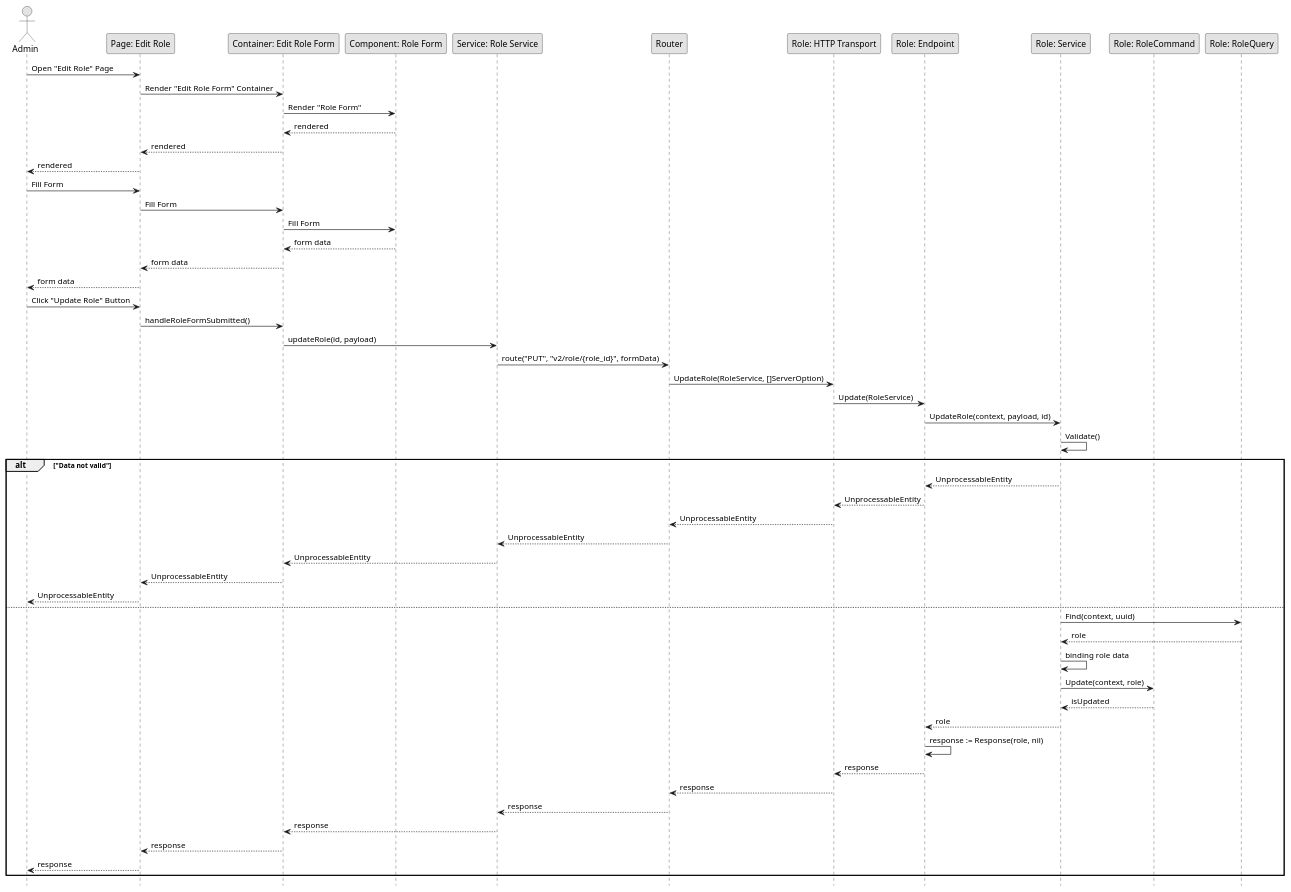
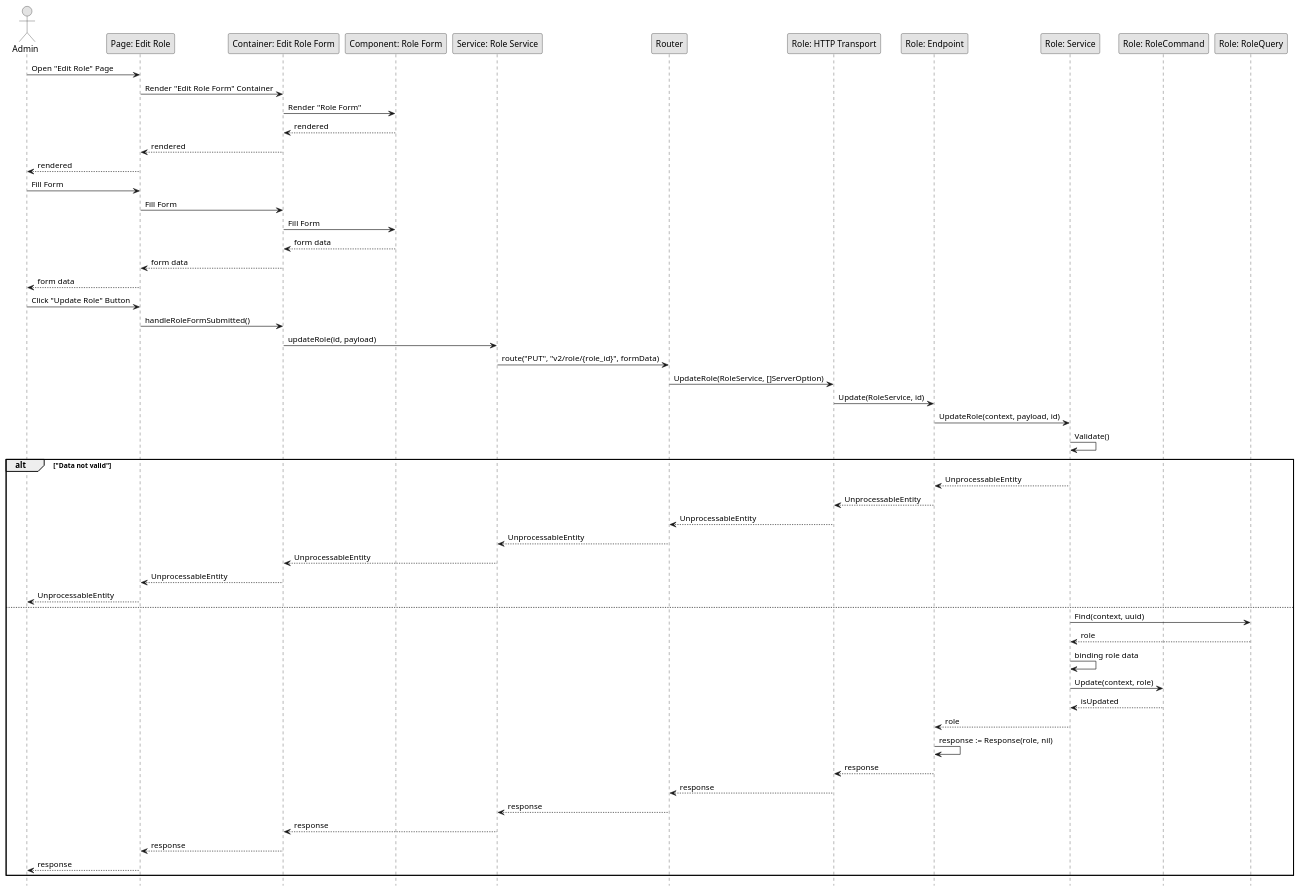
Before and after one commit to fwidjaya20/fazzlearning-uml: the diagram in Sequence/Release01/UpdateRole.wsd, drawn with PlantUML. The commit also changed 7 other files, not shown here.

Commit message:
fix(diagram): fix invalid function name

```diff
--- a/Sequence/Release01/UpdateRole.wsd
+++ b/Sequence/Release01/UpdateRole.wsd
@@ -1,69 +1,69 @@
 @startuml UpdateRole
 
 skinparam Monochrome true
 skinparam Shadowing false
 hide footbox
 
 actor Admin
 participant "Page: Edit Role" as EditRolePage
 participant "Container: Edit Role Form" as EditRoleFormContainer
 participant "Component: Role Form" as RoleForm
 participant "Service: Role Service" as FERoleService
 participant "Router" as Router
 participant "Role: HTTP Transport" as RoleHTTPTransport
 participant "Role: Endpoint" as RoleEndpoint
 participant "Role: Service" as RoleService
 participant "Role: RoleCommand" as RoleCommand
 participant "Role: RoleQuery" as RoleQuery
 
 Admin->EditRolePage: Open "Edit Role" Page
 EditRolePage->EditRoleFormContainer: Render "Edit Role Form" Container
 EditRoleFormContainer->RoleForm: Render "Role Form"
 RoleForm-->EditRoleFormContainer: rendered
 EditRoleFormContainer-->EditRolePage: rendered
 EditRolePage-->Admin: rendered
 
 Admin->EditRolePage: Fill Form
 EditRolePage->EditRoleFormContainer: Fill Form
 EditRoleFormContainer->RoleForm: Fill Form
 RoleForm-->EditRoleFormContainer: form data
 EditRoleFormContainer-->EditRolePage: form data
 EditRolePage-->Admin: form data
 
 Admin->EditRolePage: Click "Update Role" Button
 EditRolePage->EditRoleFormContainer: handleRoleFormSubmitted()
 EditRoleFormContainer->FERoleService: updateRole(id, payload)
 FERoleService->Router: route("PUT", "v2/role/{role_id}", formData)
 Router->RoleHTTPTransport: UpdateRole(RoleService, []ServerOption)
-RoleHTTPTransport->RoleEndpoint: Update(RoleService)
+RoleHTTPTransport->RoleEndpoint: Update(RoleService, id)
 RoleEndpoint->RoleService: UpdateRole(context, payload, id)
 RoleService->RoleService: Validate()
 
 alt "Data not valid"
     RoleService-->RoleEndpoint: UnprocessableEntity
     RoleEndpoint-->RoleHTTPTransport: UnprocessableEntity
     RoleHTTPTransport-->Router: UnprocessableEntity
     Router-->FERoleService: UnprocessableEntity
     FERoleService-->EditRoleFormContainer: UnprocessableEntity
     EditRoleFormContainer-->EditRolePage: UnprocessableEntity
     EditRolePage-->Admin: UnprocessableEntity
 else
     RoleService->RoleQuery: Find(context, uuid)
 
     RoleQuery-->RoleService: role
     RoleService->RoleService: binding role data
     RoleService->RoleCommand: Update(context, role)
 
     RoleCommand-->RoleService: isUpdated
     RoleService-->RoleEndpoint: role
     RoleEndpoint->RoleEndpoint: response := Response(role, nil)
     RoleEndpoint-->RoleHTTPTransport: response
     RoleHTTPTransport-->Router: response
     Router-->FERoleService: response
     FERoleService-->EditRoleFormContainer: response
     EditRoleFormContainer-->EditRolePage: response
     EditRolePage-->Admin: response
 end
 
 
 @enduml
```
